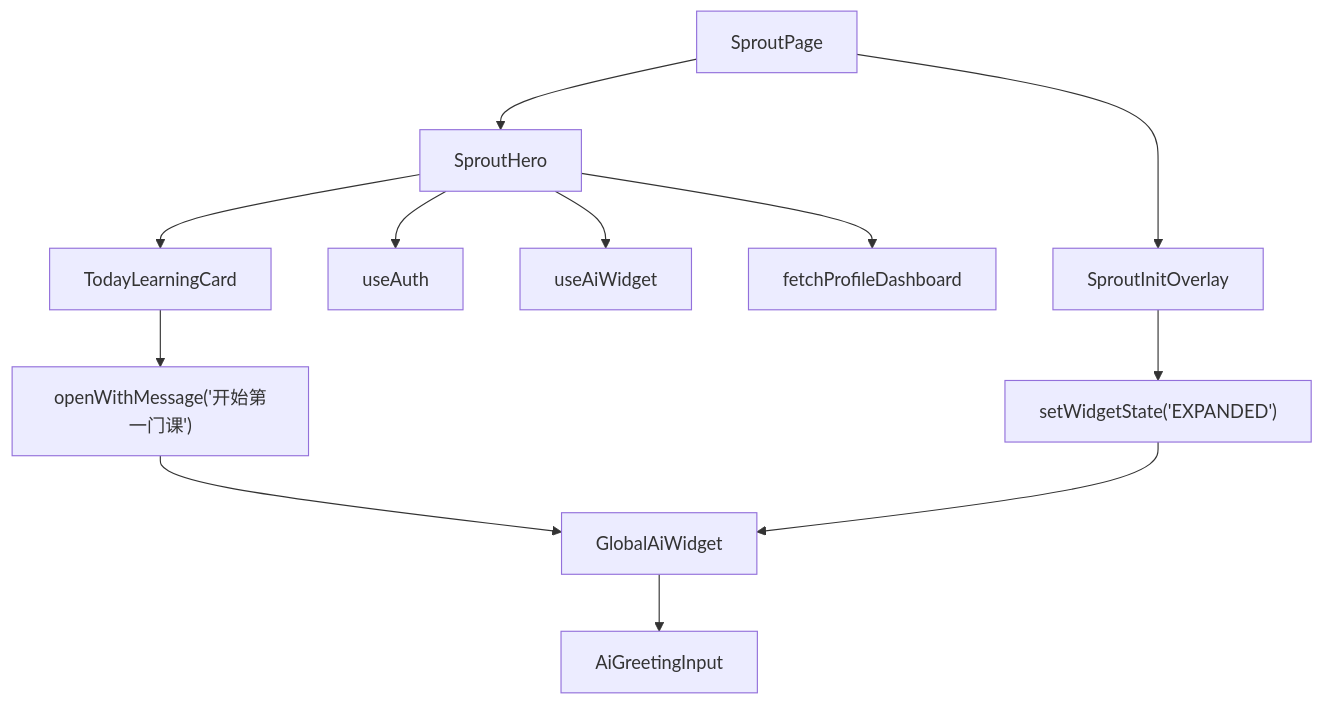
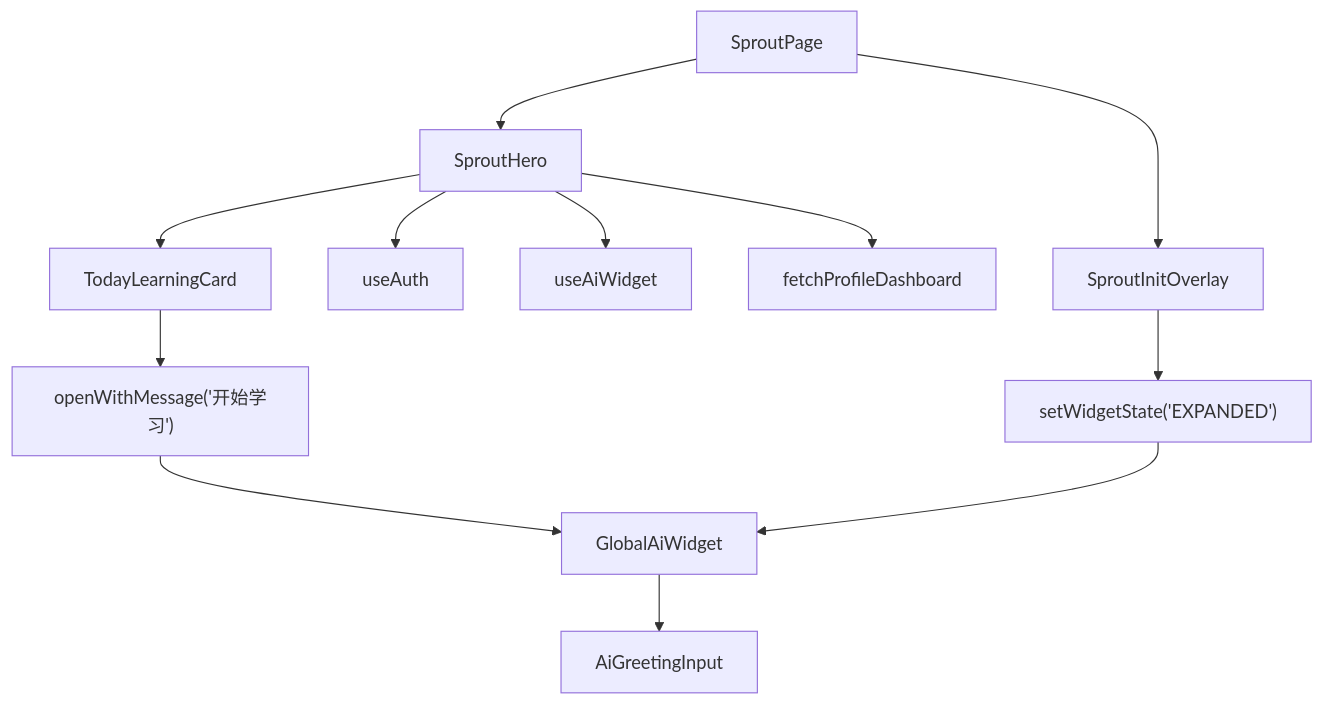
One commit to innovationpuls-creator/mutiagent changed the seventh of 54 diagrams in docs/agent逻辑.md. Above: the diagram before and after it, drawn with Mermaid. The commit also changed other lines of this file and 66 other files, not shown here.

````diff
--- a/docs/agent逻辑.md
+++ b/docs/agent逻辑.md
@@ -197,14 +231,14 @@
 ```mermaid
 graph TD
   A["SproutPage"] --> B["SproutHero"]
   A --> C["SproutInitOverlay"]
   B --> D["useAuth"]
   B --> E["useAiWidget"]
   B --> F["fetchProfileDashboard"]
   B --> G["TodayLearningCard"]
-  G --> H["openWithMessage('开始第一门课')"]
+  G --> H["openWithMessage('开始学习')"]
   C --> I["setWidgetState('EXPANDED')"]
   H --> J["GlobalAiWidget"]
   I --> J
   J --> K["AiGreetingInput"]
 ```
````
